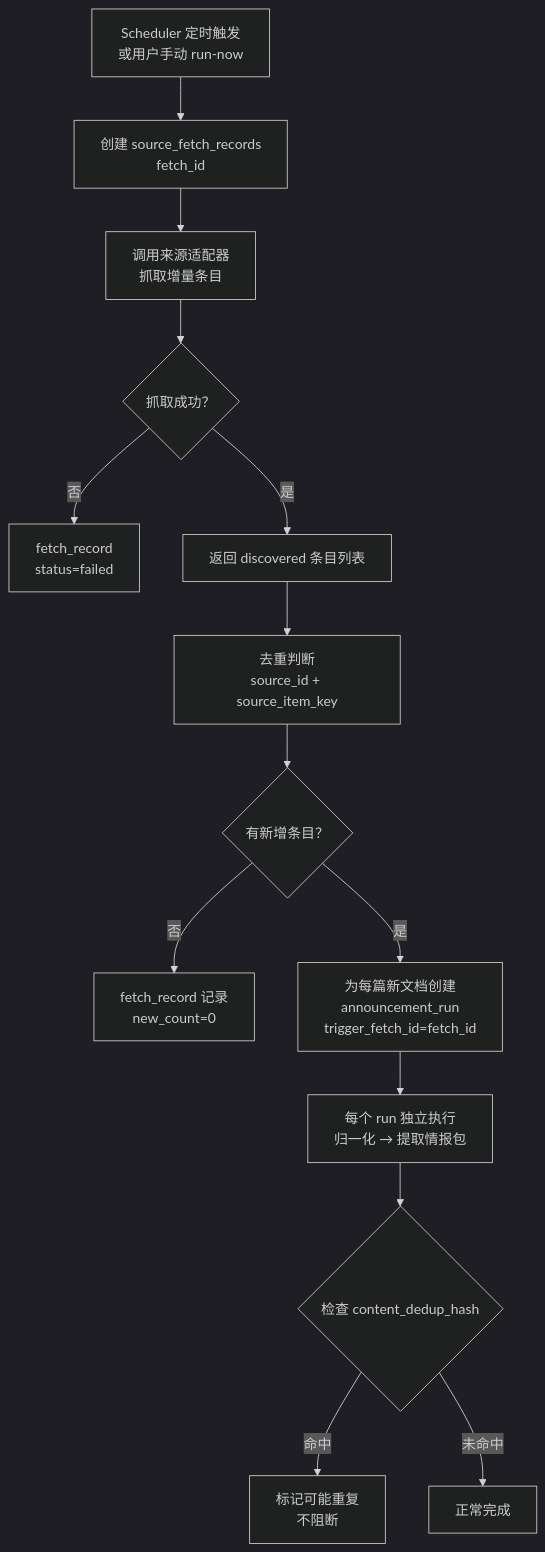
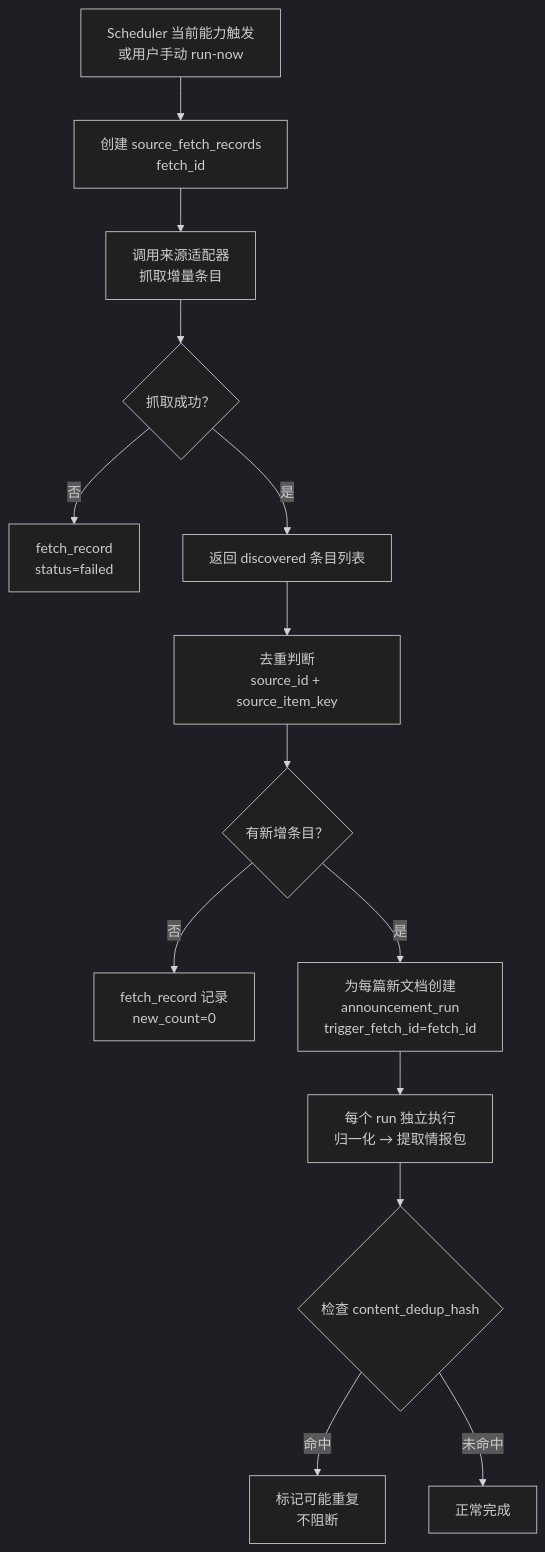
One commit to coeoo/AetherFlow changed the diagram in docs/04-功能设计/M203-安全公告调度运行与结果功能设计.md. Above: the diagram before and after it, drawn with Mermaid (dark theme). The commit also changed other lines of this file and 26 other files, not shown here.

````diff
--- a/docs/04-功能设计/M203-安全公告调度运行与结果功能设计.md
+++ b/docs/04-功能设计/M203-安全公告调度运行与结果功能设计.md
@@ -47,16 +47,16 @@
 ```mermaid
 flowchart TD
-    A["Scheduler 定时触发\n或用户手动 run-now"] --> B["创建 source_fetch_records\nfetch_id"]
+    A["Scheduler 当前能力触发\n或用户手动 run-now"] --> B["创建 source_fetch_records\nfetch_id"]
     B --> C["调用来源适配器\n抓取增量条目"]
     C --> D{"抓取成功？"}
     D -->|否| E["fetch_record\nstatus=failed"]
     D -->|是| F["返回 discovered 条目列表"]
     F --> G["去重判断\nsource_id + source_item_key"]
     G --> H{"有新增条目？"}
     H -->|否| I["fetch_record 记录\nnew_count=0"]
     H -->|是| J["为每篇新文档创建\nannouncement_run\ntrigger_fetch_id=fetch_id"]
     J --> K["每个 run 独立执行\n归一化 → 提取情报包"]
     K --> L{"检查 content_dedup_hash"}
     L -->|命中| M["标记可能重复\n不阻断"]
     L -->|未命中| N["正常完成"]
 ```
````
